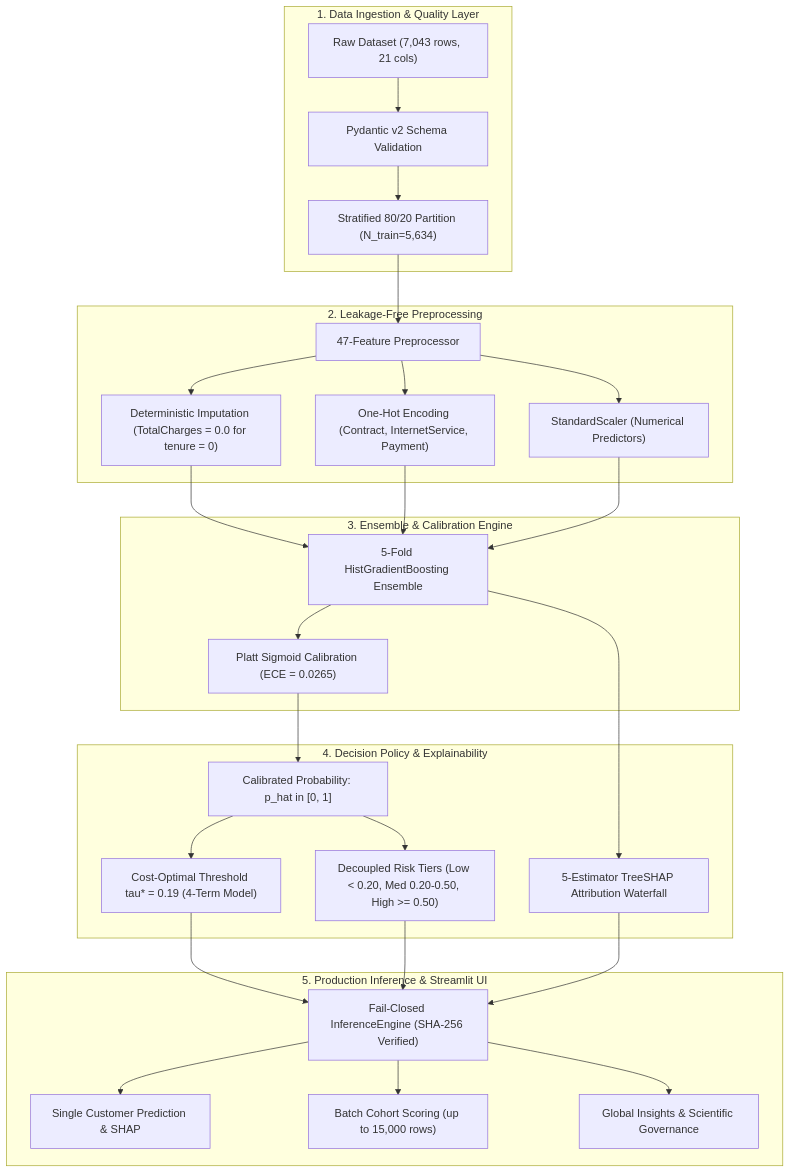
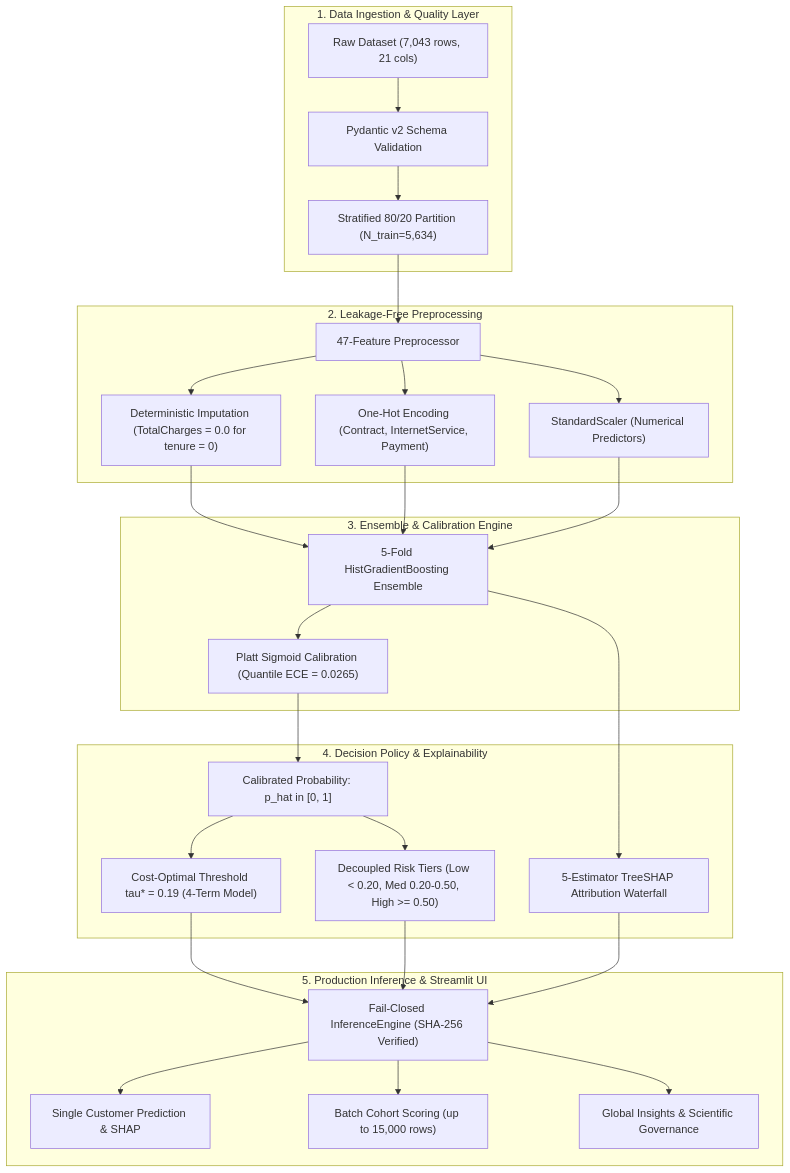
One commit to ThunderSkull7/predictlab-ml-platform changed the diagram in README.md. Above: the diagram before and after it, drawn with Mermaid. The commit also changed other lines of this file and 7 other files, not shown here.

````diff
--- a/README.md
+++ b/README.md
@@ -98,33 +98,33 @@
 ```mermaid
 flowchart TD
     subgraph DataLayer ["1. Data Ingestion & Quality Layer"]
         CSV["Raw Dataset (7,043 rows, 21 cols)"] --> Pydantic["Pydantic v2 Schema Validation"]
         Pydantic --> Split["Stratified 80/20 Partition (N_train=5,634)"]
     end
 
     subgraph PreprocLayer ["2. Leakage-Free Preprocessing"]
         Split --> Trans["47-Feature Preprocessor"]
         Trans --> Med["Deterministic Imputation (TotalCharges = 0.0 for tenure = 0)"]
         Trans --> OHE["One-Hot Encoding (Contract, InternetService, Payment)"]
         Trans --> Scaler["StandardScaler (Numerical Predictors)"]
     end
 
     subgraph ModelLayer ["3. Ensemble & Calibration Engine"]
         Med & OHE & Scaler --> HGB["5-Fold HistGradientBoosting Ensemble"]
-        HGB --> Platt["Platt Sigmoid Calibration (ECE = 0.0265)"]
+        HGB --> Platt["Platt Sigmoid Calibration (Quantile ECE = 0.0265)"]
     end
 
     subgraph DecisionLayer ["4. Decision Policy & Explainability"]
         Platt --> CalProb["Calibrated Probability: p_hat in [0, 1]"]
         CalProb --> OptCut["Cost-Optimal Threshold tau* = 0.19 (4-Term Model)"]
         CalProb --> Tiers["Decoupled Risk Tiers (Low < 0.20, Med 0.20-0.50, High >= 0.50)"]
         HGB --> TreeSHAP["5-Estimator TreeSHAP Attribution Waterfall"]
     end
 
     subgraph PresentationLayer ["5. Production Inference & Streamlit UI"]
         OptCut & Tiers & TreeSHAP --> Engine["Fail-Closed InferenceEngine (SHA-256 Verified)"]
         Engine --> SinglePage["Single Customer Prediction & SHAP"]
         Engine --> BatchPage["Batch Cohort Scoring (up to 15,000 rows)"]
         Engine --> InsightsPage["Global Insights & Scientific Governance"]
     end
 ```
````
